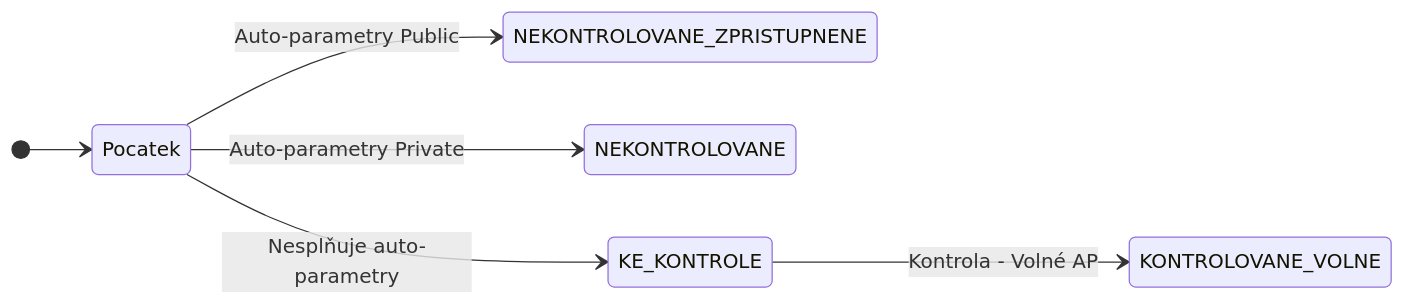
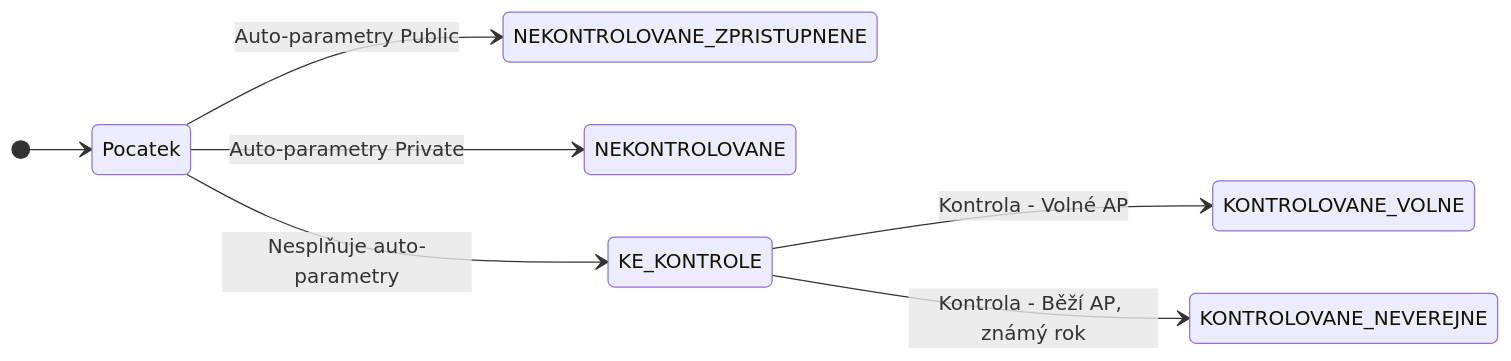
The diagram in README.md (ceskaexpedice/kapp), drawn with Mermaid before and after one commit.

````diff
--- a/README.md
+++ b/README.md
@@ -6,28 +6,29 @@
 ```mermaid
 stateDiagram-v2
     direction LR
 
     state Počáteční <<start>>
     state Konec <<end>>
 
     state NEKONTROLOVANÉ_ZPŘÍSTUPNĚNÉ : Public (Auto-parametry)
     state NEKONTROLOVANÉ : Private (Auto-parametry, bez kontroly)
     state KE_KONTROLE : Private (Primární fronta pro kurátora)
 
     state KONTROLOVANÉ_VOLNÉ : Public (Volné AP)
     state KONTROLOVANÉ_NEVEŘEJNÉ : Private (Běží AP, s rozhodným rokem)
     state KONTROLOVANÉ_NEZNÁMÉ : Private (Neznámý stav AP)
     state KONTROLOVANÉ_NEZNÁMÉ_ZPŘÍSTUPNĚNÉ : Public (Neznámé AP, ale zpřístupněno)
     state KONTROLOVANÉ_NEVEŘEJNÉ_LICENCE : Public/Private (Neveřejné, ale s licencí)
     state KONTROLOVANÉ_BEZ_AP : Public (Dílo bez AP)
     state KONTROLOVANÉ_ZNEPŘÍSTUPNĚNÉ : Private (Znepřístupněno)
 
     %% Pocatecni prechody 
     [*] --> Pocatek
     Pocatek --> NEKONTROLOVANE_ZPRISTUPNENE : Auto-parametry Public
     Pocatek --> NEKONTROLOVANE : Auto-parametry Private
     Pocatek --> KE_KONTROLE : Nesplňuje auto-parametry
 
     %% Přechody po kurátorské kontrole
     KE_KONTROLE --> KONTROLOVANE_VOLNE : Kontrola - Volné AP
+    KE_KONTROLE --> KONTROLOVANE_NEVEREJNE : Kontrola - Běží AP, známý rok
 ```
````
